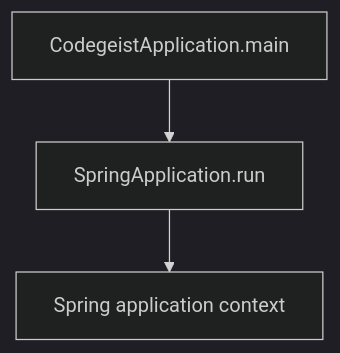
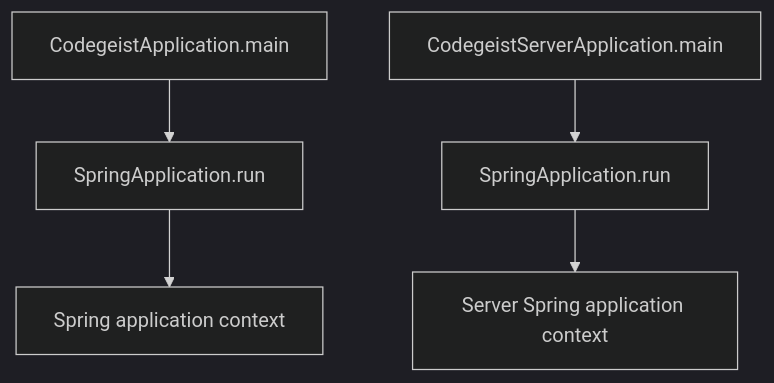
Before and after one commit to codegeist-ai/codegeist: the first of 2 diagrams in docs/developer/architecture/architecture.md, drawn with Mermaid (dark theme). The commit also changed other lines of this file and 26 other files, not shown here.

````diff
--- a/docs/developer/architecture/architecture.md
+++ b/docs/developer/architecture/architecture.md
@@ -155,8 +179,12 @@
 ```mermaid
 flowchart TD
     Main[CodegeistApplication.main]
+    ServerMain[CodegeistServerApplication.main]
     Boot[SpringApplication.run]
+    ServerBoot[SpringApplication.run]
     Context[Spring application context]
+    ServerContext[Server Spring application context]
 
     Main --> Boot --> Context
+    ServerMain --> ServerBoot --> ServerContext
 ```
````
